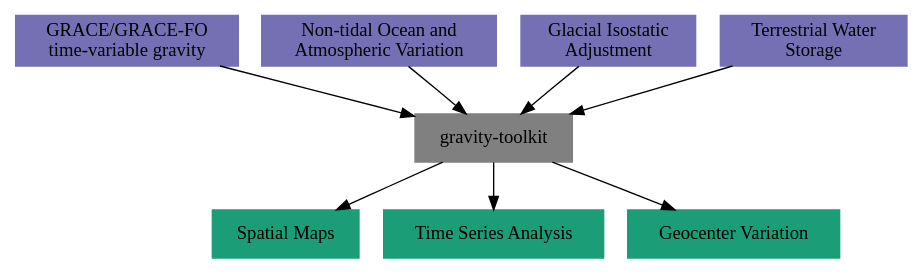
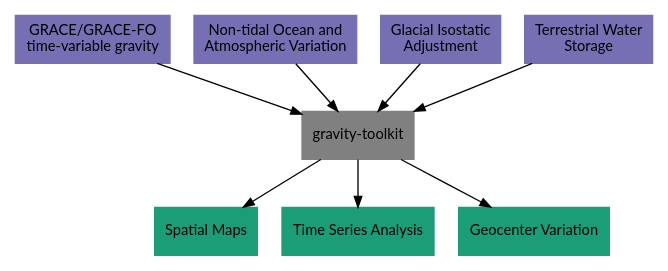
The diagram in doc/source/getting_started/Background.rst (tsutterley/gravity-toolkit), drawn with Graphviz before and after one commit. The commit also changed 5 other files, not shown here.

```diff
--- a/doc/source/getting_started/Background.rst
+++ b/doc/source/getting_started/Background.rst
@@ -18,24 +18,64 @@
 .. graphviz::
     :caption: Data Processing Framework
     :align: center
 
     digraph {
-        G [label="GRACE/GRACE-FO\ntime-variable gravity" shape=box style="filled" color="#7570b3"]
-        A [label="Non-tidal Ocean and\nAtmospheric Variation" shape=box style="filled" color="#7570b3"]
-        I [label="Glacial Isostatic\nAdjustment" shape=box style="filled" color="#7570b3"]
-        W [label="Terrestrial Water\nStorage" shape=box style="filled" color="#7570b3"]
-        R [label="gravity-toolkit" shape=box style="filled" color="gray"]
-        S [label="Spatial Maps" shape=box style="filled" color="#1b9e77"
+        G [label="GRACE/GRACE-FO\ntime-variable gravity"
+            fontname="Lato"
+            fontsize=11
+            shape=box
+            style="filled"
+            color="#7570b3"]
+        A [label="Non-tidal Ocean and\nAtmospheric Variation"
+            fontname="Lato"
+            fontsize=11
+            shape=box
+            style="filled"
+            color="#7570b3"]
+        I [label="Glacial Isostatic\nAdjustment"
+            fontname="Lato"
+            fontsize=11
+            shape=box
+            style="filled"
+            color="#7570b3"]
+        W [label="Terrestrial Water\nStorage"
+            fontname="Lato"
+            fontsize=11
+            shape=box
+            style="filled"
+            color="#7570b3"]
+        R [label="gravity-toolkit"
+            fontname="Lato"
+            fontsize=11
+            shape=box
+            style="filled"
+            color="gray"]
+        S [label="Spatial Maps"
+            fontname="Lato"
+            fontsize=11
+            shape=box
+            style="filled"
+            color="#1b9e77"
             URL="Spatial-Maps.html"]
-        T [label="Time Series Analysis" shape=box style="filled" color="#1b9e77"
+        T [label="Time Series Analysis"
+            fontname="Lato"
+            fontsize=11
+            shape=box
+            style="filled"
+            color="#1b9e77"
             URL="Time-Series-Analysis.html"]
-        D [label="Geocenter Variation" shape=box style="filled" color="#1b9e77"
+        D [label="Geocenter Variation"
+            fontname="Lato"
+            fontsize=11
+            shape=box
+            style="filled"
+            color="#1b9e77"
             URL="Geocenter-Variations.html"]
-        G -> R
-        A -> R
-        I -> R
-        W -> R
-        R -> S
-        R -> T
-        R -> D
+        G -> R [arrowsize=0.8]
+        A -> R [arrowsize=0.8]
+        I -> R [arrowsize=0.8]
+        W -> R [arrowsize=0.8]
+        R -> S [arrowsize=0.8]
+        R -> T [arrowsize=0.8]
+        R -> D [arrowsize=0.8]
     }
```
